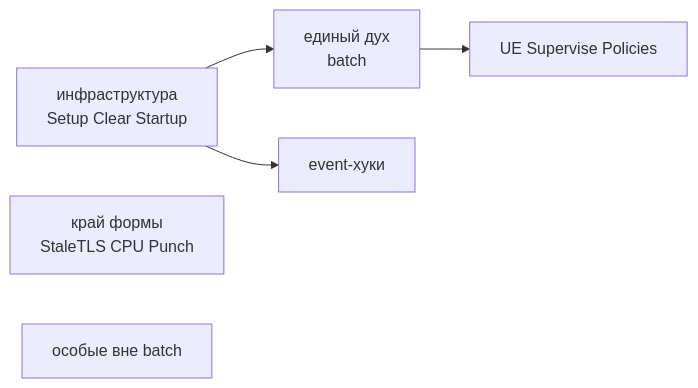
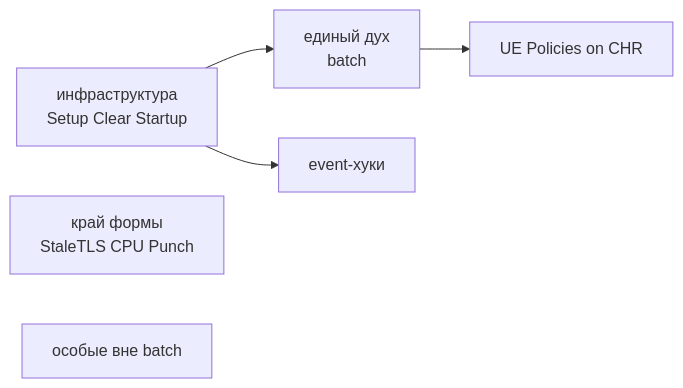
Before and after one commit to Defm/mikroconf: the third of 3 diagrams in docs/style-canon.md, drawn with Mermaid. The commit also changed other lines of this file and 8 other files, not shown here.

First line of the commit message:
Влить CHR RPC из doSuperviseCHRviaSSH в doUpdateExternalDNS.

````diff
--- a/docs/style-canon.md
+++ b/docs/style-canon.md
@@ -704,8 +703,8 @@
 ```mermaid
 flowchart LR
   Runtime["инфраструктура<br/>Setup Clear Startup"] --> Canon["единый дух<br/>batch"]
   Runtime --> Event["event-хуки"]
-  Canon --> Rpc["UE Supervise Policies"]
+  Canon --> Rpc["UE Policies on CHR"]
   Edge["край формы<br/>StaleTLS CPU Punch"]
   Special["особые вне batch"]
 ```
````
